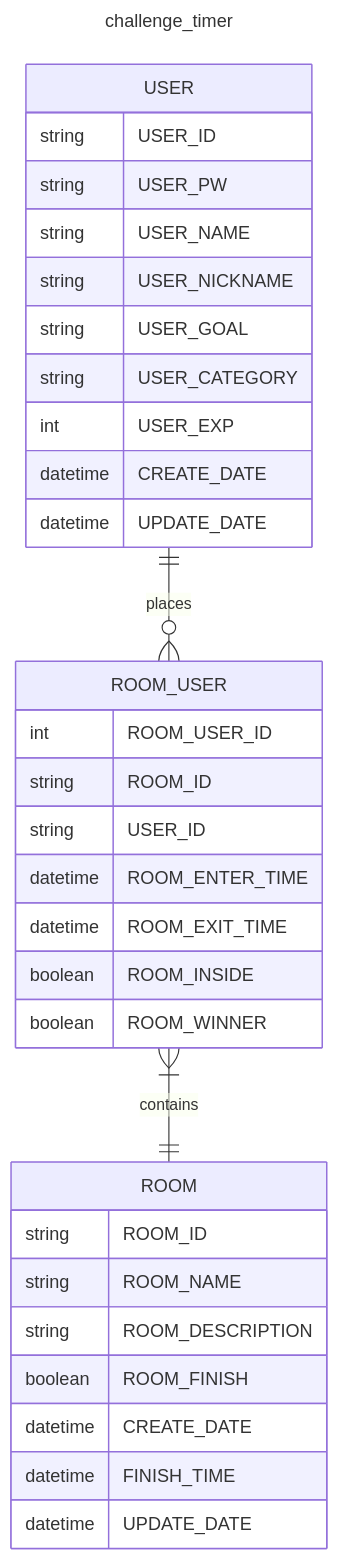
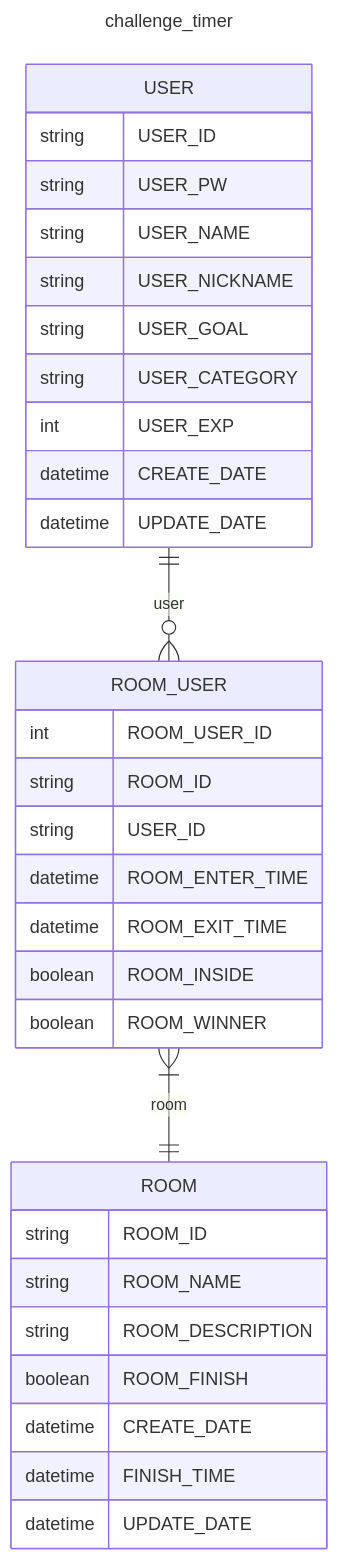
Before and after one commit to RendarCP/challenge_timer: the diagram in README.md, drawn with Mermaid. The commit also changed 10 other files, not shown here.

````diff
--- a/README.md
+++ b/README.md
@@ -55,38 +55,38 @@
 ```mermaid
 ---
 title: challenge_timer
 ---
 erDiagram
-    USER ||--o{ ROOM_USER : places
+    USER ||--o{ ROOM_USER : user
     USER {
         string USER_ID
         string USER_PW
         string USER_NAME
         string USER_NICKNAME
         string USER_GOAL
         string USER_CATEGORY
         int USER_EXP
         datetime CREATE_DATE
         datetime UPDATE_DATE
     }
-    ROOM_USER }|--|| ROOM : contains
+    ROOM_USER }|--|| ROOM : room
     ROOM_USER {
         int ROOM_USER_ID
         string ROOM_ID
         string USER_ID
         datetime ROOM_ENTER_TIME
         datetime ROOM_EXIT_TIME
         boolean ROOM_INSIDE
         boolean ROOM_WINNER
     }
     ROOM {
         string ROOM_ID
         string ROOM_NAME
         string ROOM_DESCRIPTION
         boolean ROOM_FINISH
         datetime CREATE_DATE
         datetime FINISH_TIME
         datetime UPDATE_DATE
     }
 
 ```
````
